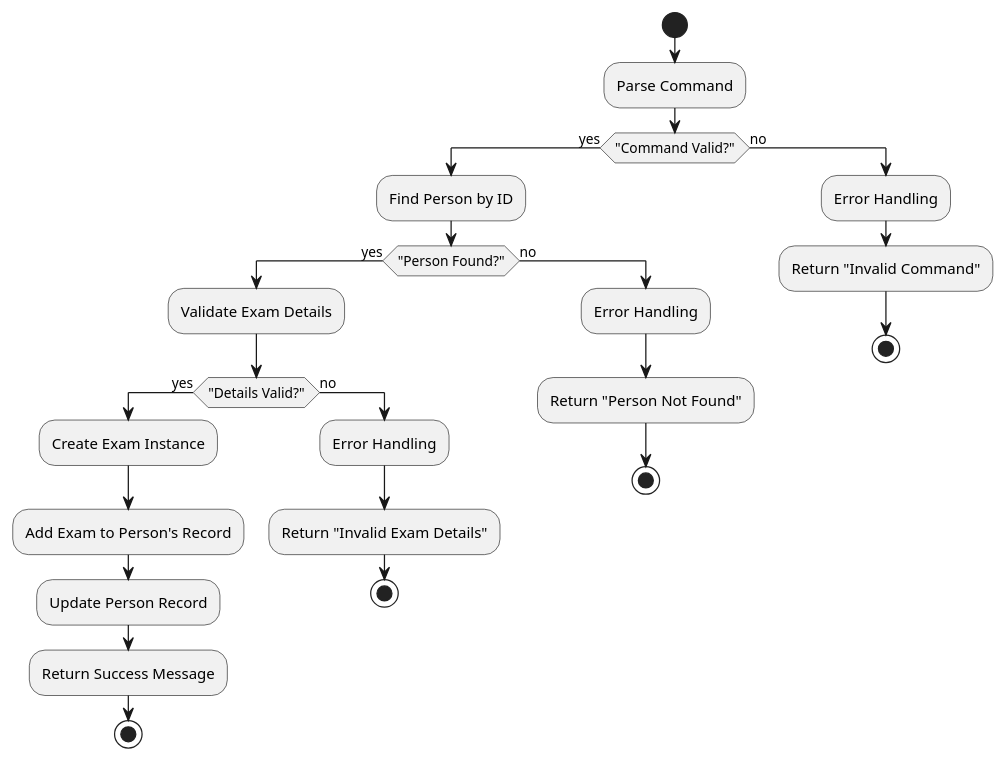
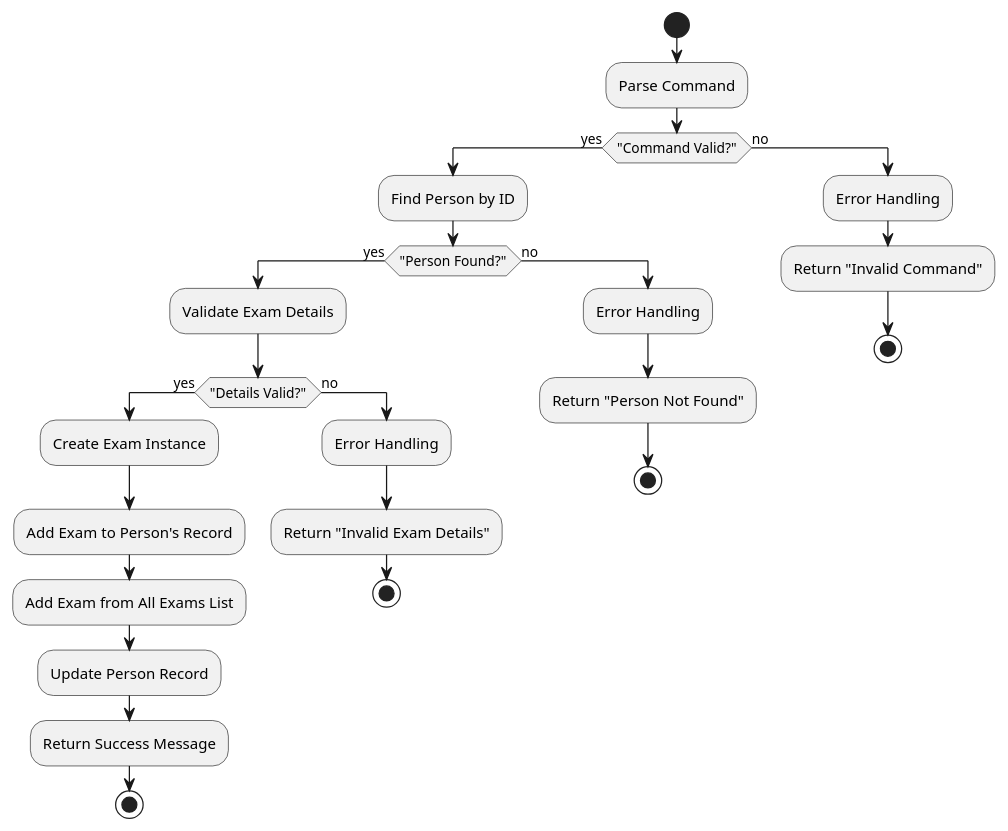
Before and after one commit to jessicawyz/tp: the diagram in docs/diagrams/AddExamActivityDiagram.puml, drawn with PlantUML. The commit also changed 2 other files, not shown here.

Commit message:
Edit DG diagrams

```diff
--- a/docs/diagrams/AddExamActivityDiagram.puml
+++ b/docs/diagrams/AddExamActivityDiagram.puml
@@ -1,29 +1,30 @@
 @startuml
 start
 :Parse Command;
 if ("Command Valid?") then (yes)
     :Find Person by ID;
     if ("Person Found?") then (yes)
         :Validate Exam Details;
         if ("Details Valid?") then (yes)
             :Create Exam Instance;
             :Add Exam to Person's Record;
+            :Add Exam from All Exams List;
             :Update Person Record;
             :Return Success Message;
             stop
         else (no)
             :Error Handling;
             :Return "Invalid Exam Details";
             stop
         endif
     else (no)
         :Error Handling;
         :Return "Person Not Found";
         stop
     endif
 else (no)
     :Error Handling;
     :Return "Invalid Command";
     stop
 endif
 @enduml
```
